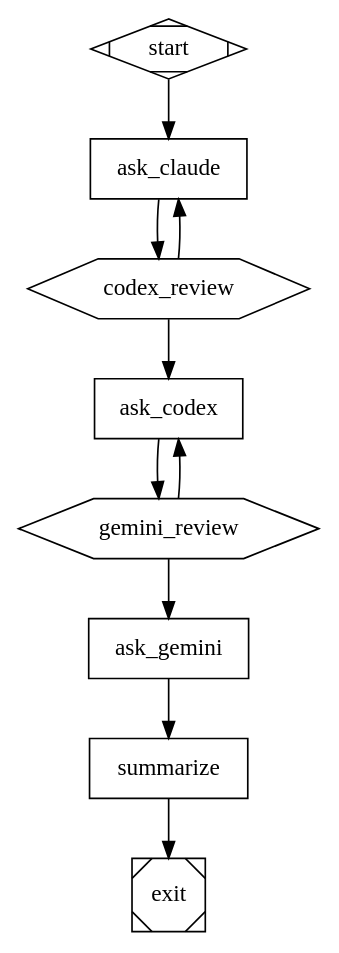
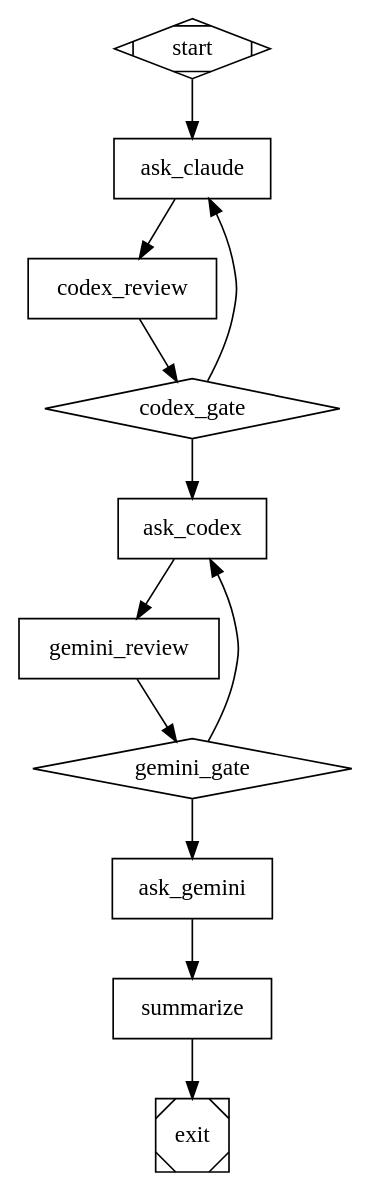
Before and after one commit to tgoodwin/tractor: the diagram in examples/haiku_feedback_budget.dot, drawn with Graphviz. The commit also changed 1 other file, not shown here.

Commit message:
examples: refactor haiku feedback to spec-aligned 3-node pattern
Replaces each `judge` node (a tractor extension that conflates validator and gate) with the strongDM attractor spec's canonical pattern: a codergen reviewer that emits a structured `VERDICT: accept|reject` line, plus a downstream conditional (diamond) gate that routes on `context.<reviewer>.last_output contains "VERDICT: …"`. Eliminates the two_way_edge and type_shape_mismatch warnings these examples were tripping. Reviewer steps now make real LLM calls (no judge_mode=stub shortcut).

```diff
--- a/examples/haiku_feedback_budget.dot
+++ b/examples/haiku_feedback_budget.dot
@@ -1,73 +1,75 @@
 digraph {
   graph [
     goal="Low-budget haiku loop that should halt on total cost before the full loop completes",
     status_agent=claude,
     max_total_cost_usd="0.01"
   ]
 
   start [shape=Mdiamond]
 
   ask_claude [
     shape=box,
     llm_provider=claude,
     llm_model="claude-opus-4-7",
     timeout="10m",
     retries=1,
     max_iterations=5,
-    prompt="Plan and then write a one-line haiku about a tractor at dawn. Previous critique (if any): {{codex_review.last_critique}}"
+    prompt="Plan and then write a one-line haiku about a tractor at dawn. Previous critique (if any): {{codex_review.last}}"
   ]
 
   codex_review [
-    shape=hexagon,
-    type=judge,
-    judge_mode=stub,
-    reject_probability=0.5,
-    accept_critique="imagery lands; continue",
-    reject_critique="tighten the opening image and retry once",
-    max_iterations=5
+    shape=box,
+    llm_provider=codex,
+    llm_model="gpt-5",
+    max_iterations=5,
+    prompt="Evaluate this haiku for imagery and meter:\n{{ask_claude.last}}\n\nReturn exactly one line beginning with 'VERDICT: accept' or 'VERDICT: reject'. If you reject, follow with a one-line critique under 80 characters."
   ]
+
+  codex_gate [shape=diamond]
 
   ask_codex [
     shape=box,
     llm_provider=codex,
     llm_model="gpt-5",
     max_iterations=5,
-    prompt="Write a one-line haiku that continues this thought: {{ask_claude.last}}. Previous critique (if any): {{gemini_review.last_critique}}"
+    prompt="Write a one-line haiku that continues this thought: {{ask_claude.last}}. Previous critique (if any): {{gemini_review.last}}"
   ]
 
   gemini_review [
-    shape=hexagon,
-    type=judge,
-    judge_mode=stub,
-    reject_probability=0.5,
-    accept_critique="meter and continuity check out",
-    reject_critique="retry with a calmer final image",
-    max_iterations=5
+    shape=box,
+    llm_provider=gemini,
+    llm_model="gemini-3-pro",
+    max_iterations=5,
+    prompt="Evaluate this haiku for meter and continuity:\n{{ask_codex.last}}\n\nReturn exactly one line beginning with 'VERDICT: accept' or 'VERDICT: reject'. If you reject, follow with a one-line critique under 80 characters."
   ]
+
+  gemini_gate [shape=diamond]
 
   ask_gemini [
     shape=box,
     llm_provider=gemini,
     llm_model="gemini-3-pro",
     prompt="Write a one-line haiku that calmly concludes this sequence: {{ask_codex.last}}"
   ]
 
   summarize [
     shape=box,
     llm_provider=claude,
     llm_model="claude-sonnet-4-6",
     prompt="Combine these three haikus into a short titled sequence.\n\n1. {{ask_claude.last}}\n2. {{ask_codex.last}}\n3. {{ask_gemini.last}}"
   ]
 
   exit [shape=Msquare]
 
   start -> ask_claude
   ask_claude -> codex_review
-  codex_review -> ask_claude [condition="reject"]
-  codex_review -> ask_codex [condition="accept"]
+  codex_review -> codex_gate
+  codex_gate -> ask_claude [condition="context.codex_review.last_output contains \"VERDICT: reject\""]
+  codex_gate -> ask_codex  [condition="context.codex_review.last_output contains \"VERDICT: accept\""]
   ask_codex -> gemini_review
-  gemini_review -> ask_codex [condition="reject"]
-  gemini_review -> ask_gemini [condition="accept"]
+  gemini_review -> gemini_gate
+  gemini_gate -> ask_codex  [condition="context.gemini_review.last_output contains \"VERDICT: reject\""]
+  gemini_gate -> ask_gemini [condition="context.gemini_review.last_output contains \"VERDICT: accept\""]
   ask_gemini -> summarize
   summarize -> exit
 }
```
